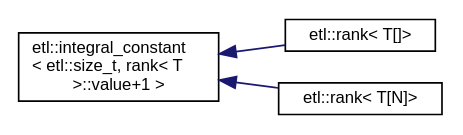
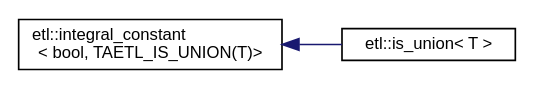
Before and after one commit to tobanteAudio/taetl: the diagram in inherit_graph_29.dot, drawn with Graphviz. The commit also changed 117 other files, not shown here.

```diff
--- a/inherit_graph_29.dot
+++ b/inherit_graph_29.dot
@@ -1,11 +1,9 @@
 digraph "Graphical Class Hierarchy"
 {
   edge [fontname="Helvetica",fontsize="10",labelfontname="Helvetica",labelfontsize="10"];
   node [fontname="Helvetica",fontsize="10",shape=record];
   rankdir="LR";
-  Node0 [label="etl::integral_constant\l\< etl::size_t, rank\< T\l \>::value+1 \>",height=0.2,width=0.4,color="black", fillcolor="white", style="filled",URL="$structetl_1_1integral__constant.html"];
+  Node0 [label="etl::integral_constant\l\< bool, TAETL_IS_UNION(T)\>",height=0.2,width=0.4,color="black", fillcolor="white", style="filled",URL="$structetl_1_1integral__constant.html"];
   Node0 -> Node1 [dir="back",color="midnightblue",fontsize="10",style="solid",fontname="Helvetica"];
-  Node1 [label="etl::rank\< T[]\>",height=0.2,width=0.4,color="black", fillcolor="white", style="filled",URL="$structetl_1_1rank_3_01T[]_4.html"];
-  Node0 -> Node2 [dir="back",color="midnightblue",fontsize="10",style="solid",fontname="Helvetica"];
-  Node2 [label="etl::rank\< T[N]\>",height=0.2,width=0.4,color="black", fillcolor="white", style="filled",URL="$structetl_1_1rank_3_01T[N]_4.html"];
+  Node1 [label="etl::is_union\< T \>",height=0.2,width=0.4,color="black", fillcolor="white", style="filled",URL="$structetl_1_1is__union.html"];
 }
```
